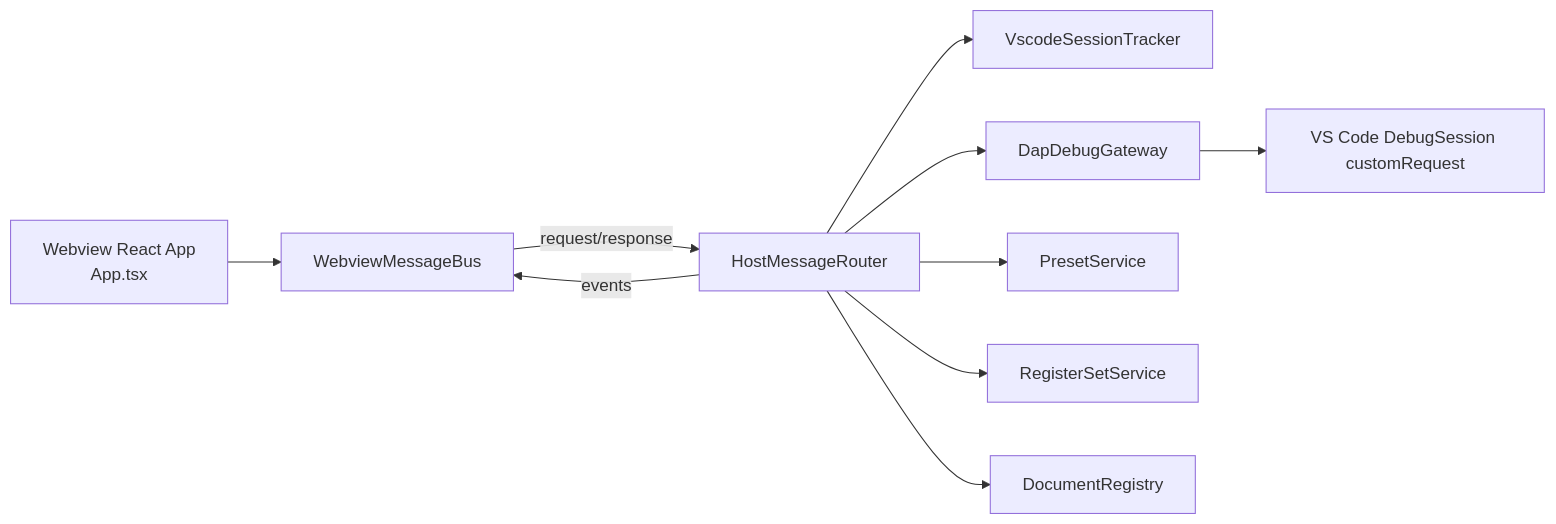
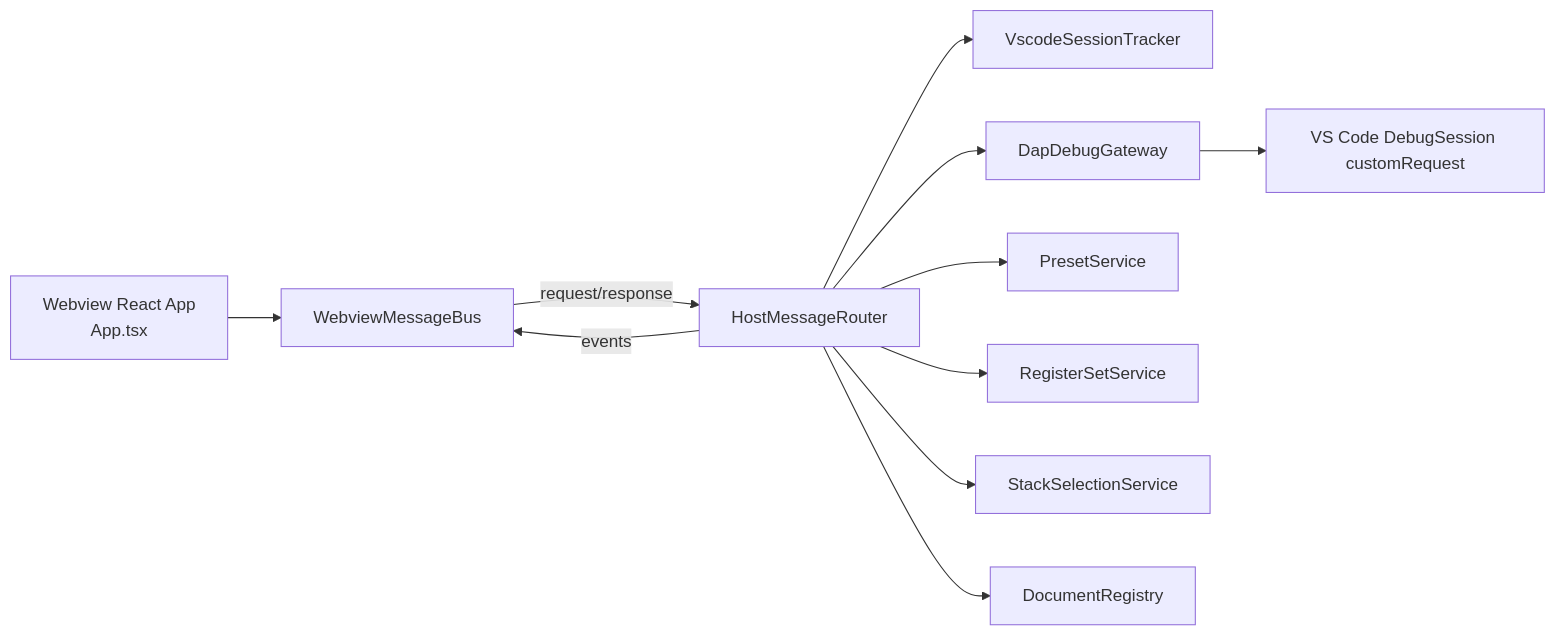
One commit to PoncheDeFrutas/StackScope changed the first of 2 diagrams in docs/architecture.md. Above: the diagram before and after it, drawn with Mermaid. The commit also changed other lines of this file and 3 other files, not shown here.

Commit message:
docs: document debug navigation flow

````diff
--- a/docs/architecture.md
+++ b/docs/architecture.md
@@ -15,12 +15,13 @@
 ```mermaid
 flowchart LR
   UI[Webview React App\nApp.tsx] --> BUS[WebviewMessageBus]
   BUS -->|request/response| ROUTER[HostMessageRouter]
   ROUTER --> TRACKER[VscodeSessionTracker]
   ROUTER --> GATEWAY[DapDebugGateway]
   ROUTER --> PRESETS[PresetService]
   ROUTER --> REGSETS[RegisterSetService]
+  ROUTER --> STACKSEL[StackSelectionService]
   ROUTER --> DOCS[DocumentRegistry]
   GATEWAY --> DAP[VS Code DebugSession customRequest]
   ROUTER -->|events| BUS
 ```
````
